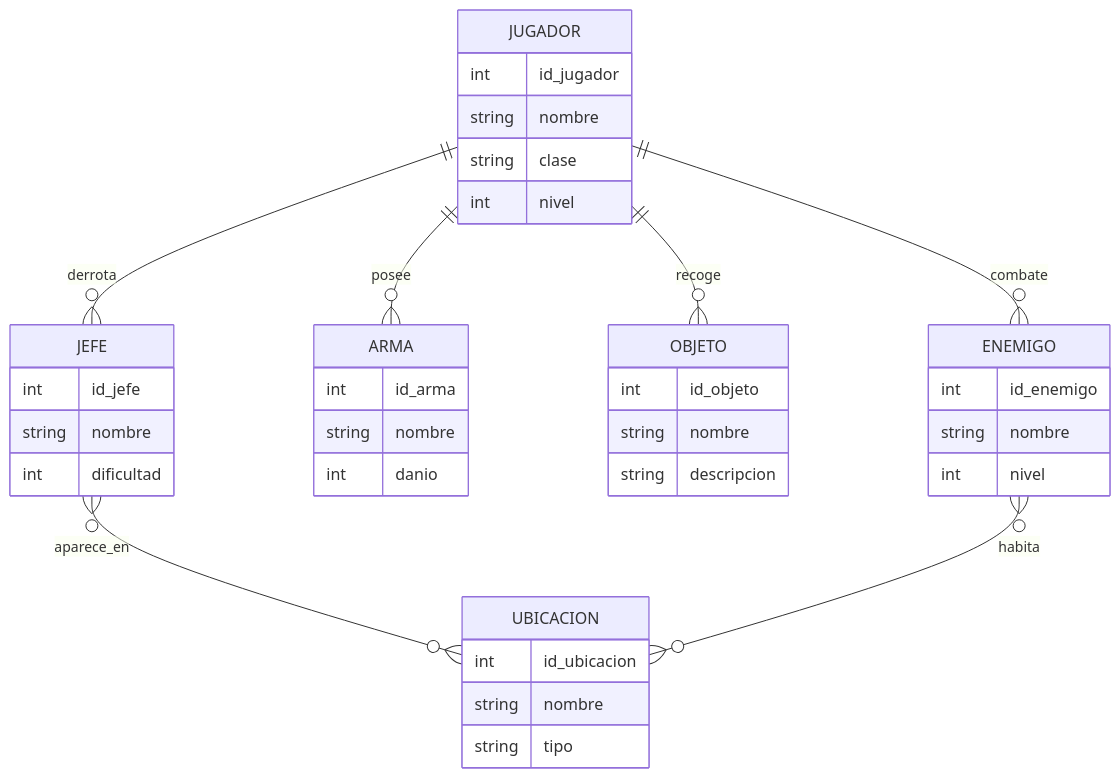
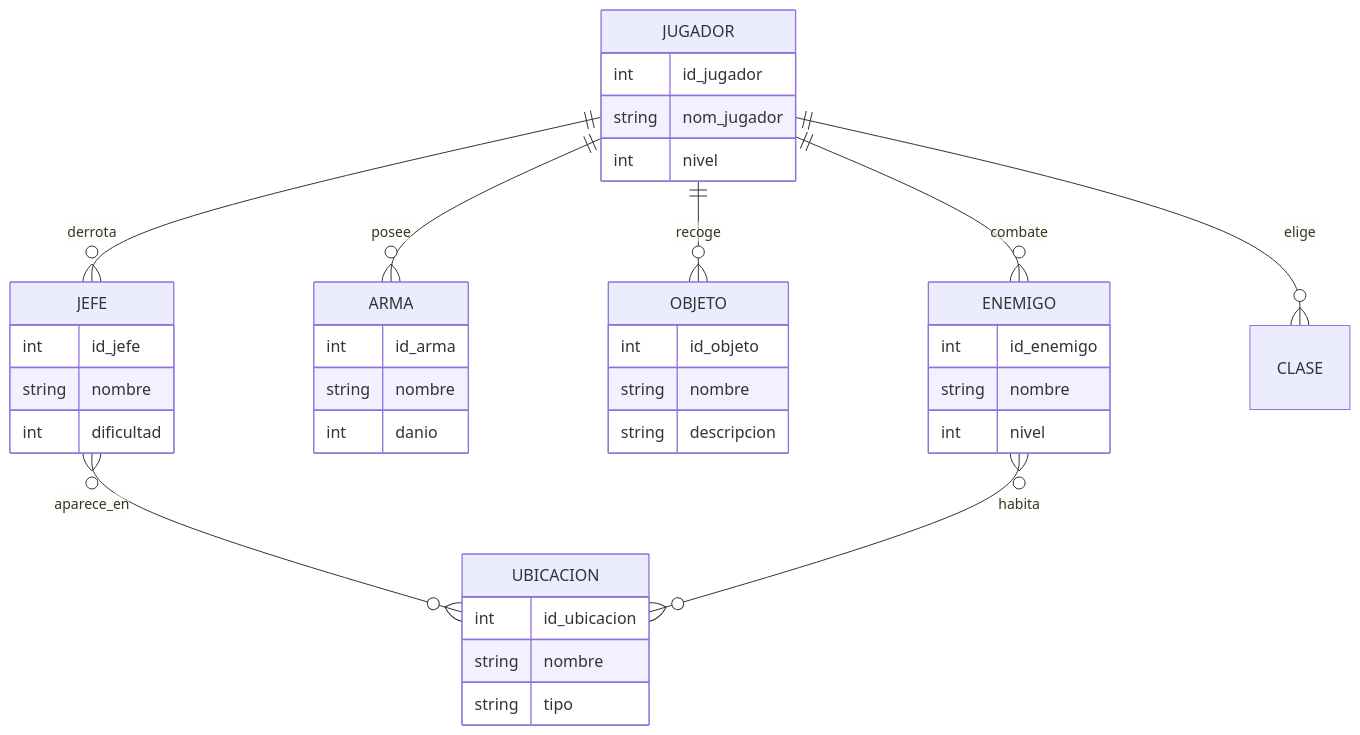
Before and after one commit to JaiCasTomGit/trabajoAnualBBDD: the first of 2 diagrams in README.md, drawn with Mermaid. The commit also changed other lines of this file, not shown here.

````diff
--- a/README.md
+++ b/README.md
@@ -110,47 +110,48 @@
 ```mermaid
 erDiagram
 JUGADOR {
     int id_jugador
-    string nombre
-    string clase
+    string nom_jugador
     int nivel
     }
+
 
     JEFE {
         int id_jefe
         string nombre
         int dificultad
     }
 
     UBICACION {
         int id_ubicacion
         string nombre
         string tipo
     }
 
     ARMA {
         int id_arma
         string nombre
         int danio
     }
 
     OBJETO {
         int id_objeto
         string nombre
         string descripcion
     }
 
     ENEMIGO {
         int id_enemigo
         string nombre
         int nivel
     }
 
     %% Relaciones
     JUGADOR ||--o{ ARMA : posee
+    JUGADOR ||--o{ CLASE : elige
     JUGADOR ||--o{ OBJETO : recoge
     JUGADOR ||--o{ ENEMIGO : combate
     JUGADOR ||--o{ JEFE : derrota
     JEFE }o--o{ UBICACION : aparece_en
     ENEMIGO }o--o{ UBICACION : habita
 ```
````
